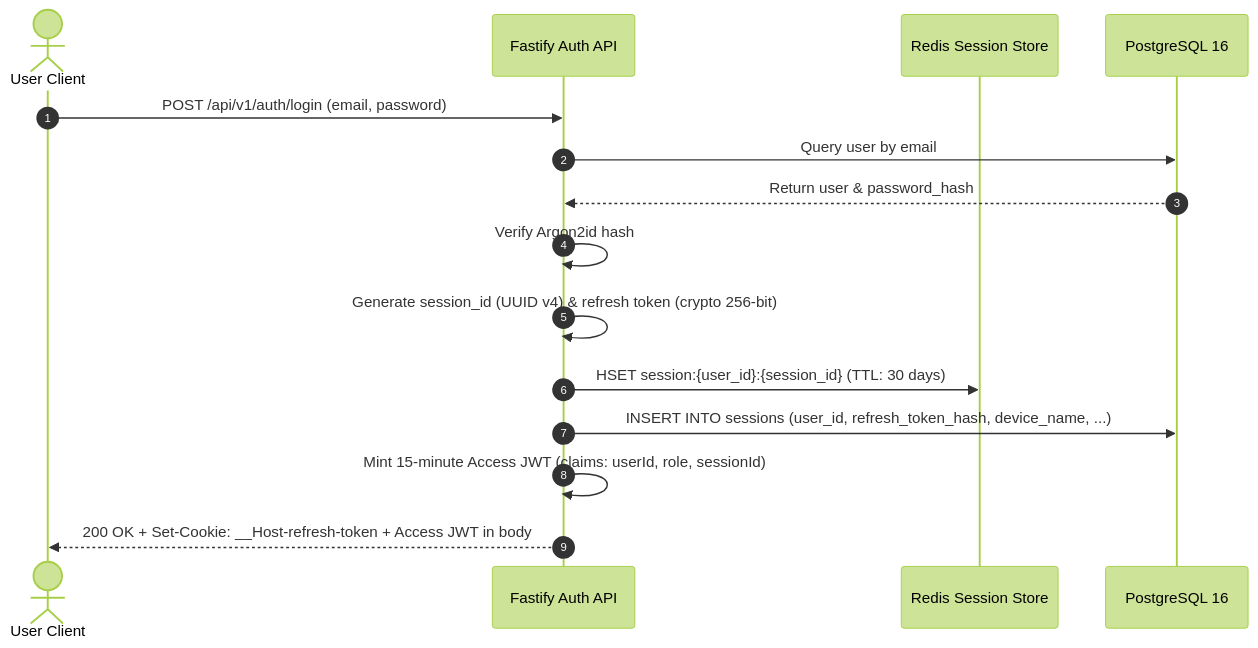
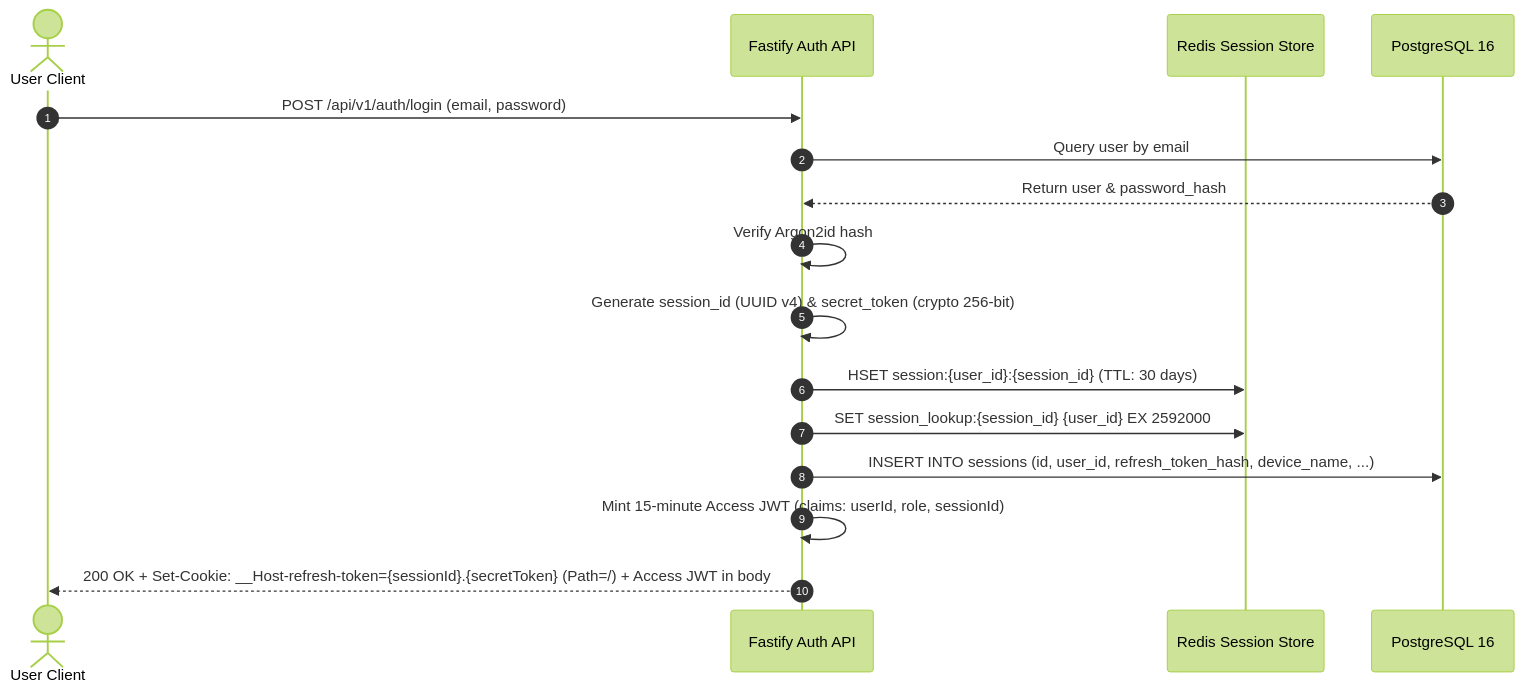
Before and after one commit to hrutavmodha/smex-store: the second of 5 diagrams in docs/internal/design/lld/auth-and-sessions.md, drawn with Mermaid (forest theme). The commit also changed other lines of this file and 25 other files, not shown here.

````diff
--- a/docs/internal/design/lld/auth-and-sessions.md
+++ b/docs/internal/design/lld/auth-and-sessions.md
@@ -87,18 +108,19 @@
 ```mermaid
 sequenceDiagram
     autonumber
     actor Client as User Client
     participant Fastify as Fastify Auth API
     participant Redis as Redis Session Store
     participant PG as PostgreSQL 16
 
     Client->>Fastify: POST /api/v1/auth/login (email, password)
     Fastify->>PG: Query user by email
     PG-->>Fastify: Return user & password_hash
     Fastify->>Fastify: Verify Argon2id hash
-    Fastify->>Fastify: Generate session_id (UUID v4) & refresh token (crypto 256-bit)
+    Fastify->>Fastify: Generate session_id (UUID v4) & secret_token (crypto 256-bit)
     Fastify->>Redis: HSET session:{user_id}:{session_id} (TTL: 30 days)
-    Fastify->>PG: INSERT INTO sessions (user_id, refresh_token_hash, device_name, ...)
+    Fastify->>Redis: SET session_lookup:{session_id} {user_id} EX 2592000
+    Fastify->>PG: INSERT INTO sessions (id, user_id, refresh_token_hash, device_name, ...)
     Fastify->>Fastify: Mint 15-minute Access JWT (claims: userId, role, sessionId)
-    Fastify-->>Client: 200 OK + Set-Cookie: __Host-refresh-token + Access JWT in body
+    Fastify-->>Client: 200 OK + Set-Cookie: __Host-refresh-token={sessionId}.{secretToken} (Path=/) + Access JWT in body
 ```
````
